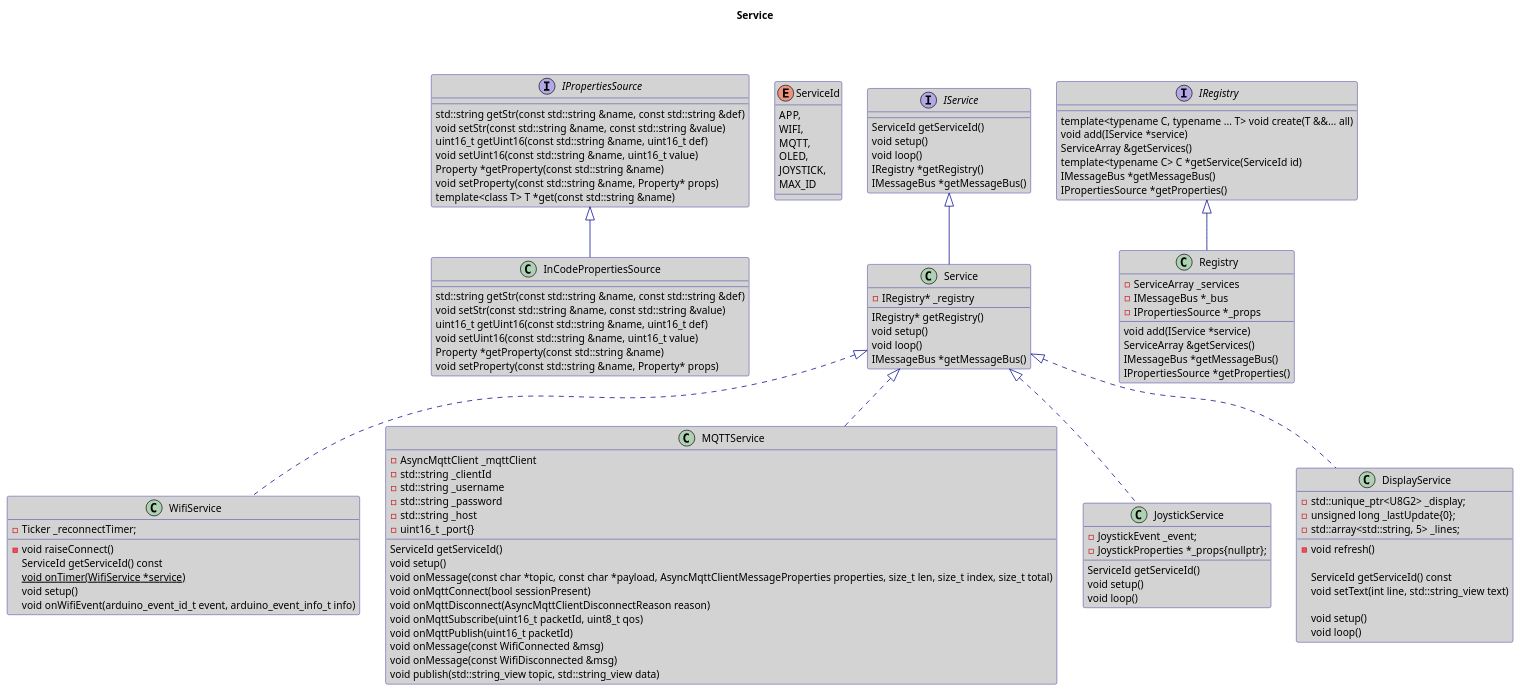
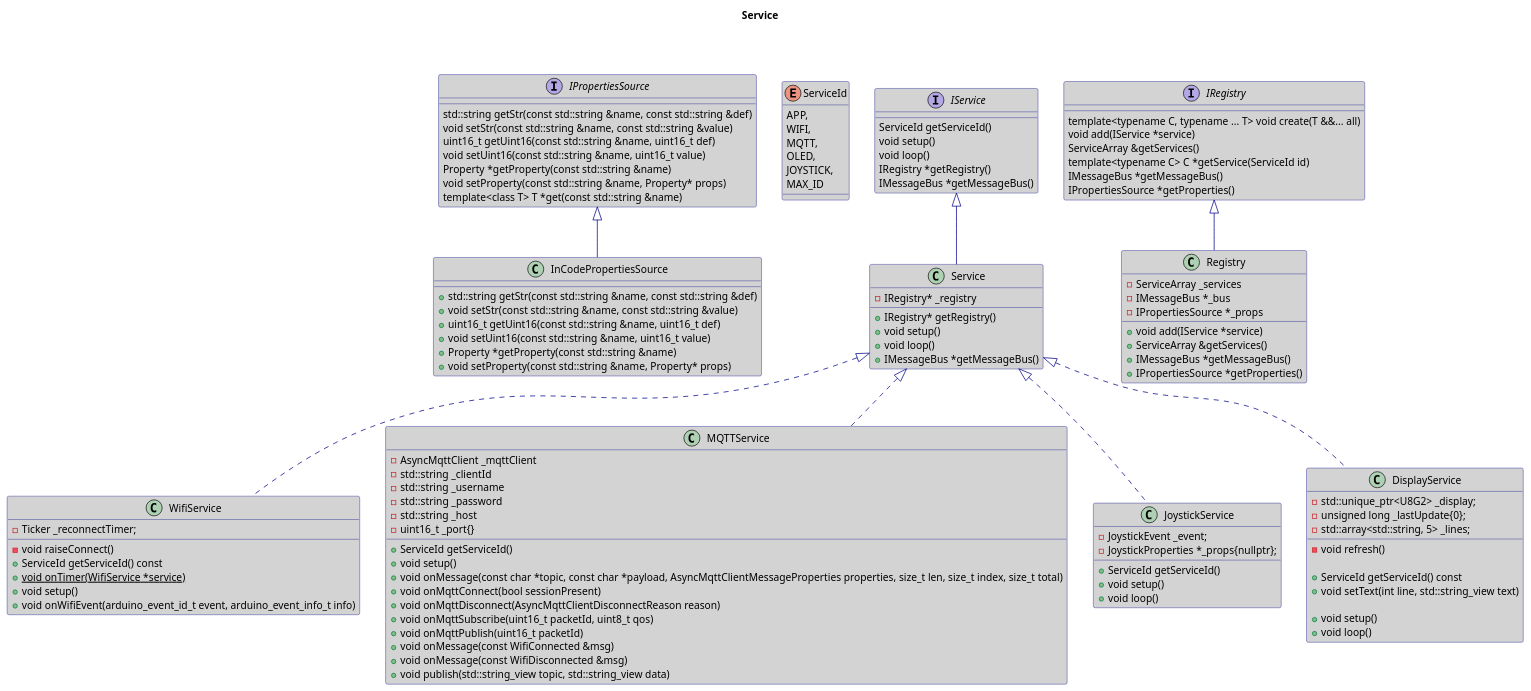
The diagram in Service.puml (darvik80/esp32-core), drawn with PlantUML before and after one commit. The commit also changed 1 other file, not shown here.

```diff
--- a/Service.puml
+++ b/Service.puml
@@ -1,141 +1,141 @@
 @startuml
 
 skinparam backgroundColor White
 skinparam classBackgroundColor LightGray
 skinparam arrowColor DarkBlue
 skinparam classBorderColor DarkBlue
 
 title Service
 
 enum ServiceId {
     APP,
     WIFI,
     MQTT,
     OLED,
     JOYSTICK,
     MAX_ID
 }
 
 interface IService {
     ServiceId getServiceId()
     void setup()
     void loop()
     IRegistry *getRegistry()
     IMessageBus *getMessageBus()
 }
 
 interface IPropertiesSource {
     std::string getStr(const std::string &name, const std::string &def)
     void setStr(const std::string &name, const std::string &value)
     uint16_t getUint16(const std::string &name, uint16_t def)
     void setUint16(const std::string &name, uint16_t value)
     Property *getProperty(const std::string &name)
     void setProperty(const std::string &name, Property* props)
     template<class T> T *get(const std::string &name)
 }
 
 interface IRegistry {
     template<typename C, typename ... T> void create(T &&... all)
     void add(IService *service)
     ServiceArray &getServices()
     template<typename C> C *getService(ServiceId id)
     IMessageBus *getMessageBus()
     IPropertiesSource *getProperties()
 }
 
 class Service {
     -IRegistry* _registry
-    IRegistry* getRegistry()
-    void setup()
-    void loop()
-    IMessageBus *getMessageBus()
+    +IRegistry* getRegistry()
+    +void setup()
+    +void loop()
+    +IMessageBus *getMessageBus()
 }
 
 IService <|-- Service
 
 class InCodePropertiesSource {
-    std::string getStr(const std::string &name, const std::string &def)
-    void setStr(const std::string &name, const std::string &value)
-    uint16_t getUint16(const std::string &name, uint16_t def)
-    void setUint16(const std::string &name, uint16_t value)
-    Property *getProperty(const std::string &name)
-    void setProperty(const std::string &name, Property* props)
+    +std::string getStr(const std::string &name, const std::string &def)
+    +void setStr(const std::string &name, const std::string &value)
+    +uint16_t getUint16(const std::string &name, uint16_t def)
+    +void setUint16(const std::string &name, uint16_t value)
+    +Property *getProperty(const std::string &name)
+    +void setProperty(const std::string &name, Property* props)
 }
 
 IPropertiesSource <|-- InCodePropertiesSource
 
 class Registry {
     -ServiceArray _services
     -IMessageBus *_bus
     -IPropertiesSource *_props
-    void add(IService *service)
-    ServiceArray &getServices()
-    IMessageBus *getMessageBus()
-    IPropertiesSource *getProperties()
+    +void add(IService *service)
+    +ServiceArray &getServices()
+    +IMessageBus *getMessageBus()
+    +IPropertiesSource *getProperties()
 }
 
 IRegistry <|-- Registry
 
 class WifiService {
     -Ticker _reconnectTimer;
     -void raiseConnect()
-    ServiceId getServiceId() const
-    {static} void onTimer(WifiService *service)
-    void setup()
-    void onWifiEvent(arduino_event_id_t event, arduino_event_info_t info)
+    +ServiceId getServiceId() const
+    +{static} void onTimer(WifiService *service)
+    +void setup()
+    +void onWifiEvent(arduino_event_id_t event, arduino_event_info_t info)
 }
 
 Service <|.. WifiService
 
 class MQTTService {
     -AsyncMqttClient _mqttClient
     -std::string _clientId
     -std::string _username
     -std::string _password
     -std::string _host
     -uint16_t _port{}
-    ServiceId getServiceId()
-    void setup()
-    void onMessage(const char *topic, const char *payload, AsyncMqttClientMessageProperties properties, size_t len, size_t index, size_t total)
-    void onMqttConnect(bool sessionPresent)
-    void onMqttDisconnect(AsyncMqttClientDisconnectReason reason)
-    void onMqttSubscribe(uint16_t packetId, uint8_t qos)
-    void onMqttPublish(uint16_t packetId)
-    void onMessage(const WifiConnected &msg)
-    void onMessage(const WifiDisconnected &msg)
-    void publish(std::string_view topic, std::string_view data)
+    +ServiceId getServiceId()
+    +void setup()
+    +void onMessage(const char *topic, const char *payload, AsyncMqttClientMessageProperties properties, size_t len, size_t index, size_t total)
+    +void onMqttConnect(bool sessionPresent)
+    +void onMqttDisconnect(AsyncMqttClientDisconnectReason reason)
+    +void onMqttSubscribe(uint16_t packetId, uint8_t qos)
+    +void onMqttPublish(uint16_t packetId)
+    +void onMessage(const WifiConnected &msg)
+    +void onMessage(const WifiDisconnected &msg)
+    +void publish(std::string_view topic, std::string_view data)
 }
 
 Service <|.. MQTTService
 
 class JoystickService {
     -JoystickEvent _event;
     -JoystickProperties *_props{nullptr};
 
-    ServiceId getServiceId()
-    void setup()
-    void loop()
+    +ServiceId getServiceId()
+    +void setup()
+    +void loop()
 }
 
 Service <|.. JoystickService
 
 class DisplayService {
     -std::unique_ptr<U8G2> _display;
     -unsigned long _lastUpdate{0};
     -std::array<std::string, 5> _lines;
 
     -void refresh()
 
-    ServiceId getServiceId() const
-    void setText(int line, std::string_view text)
+    +ServiceId getServiceId() const
+    +void setText(int line, std::string_view text)
 
-    void setup()
-    void loop()
+    +void setup()
+    +void loop()
 }
 
 Service <|.. DisplayService
 
 IPropertiesSource --r[hidden]-> IService
 ServiceId --r[hidden]-> IService
 
 @enduml
```
